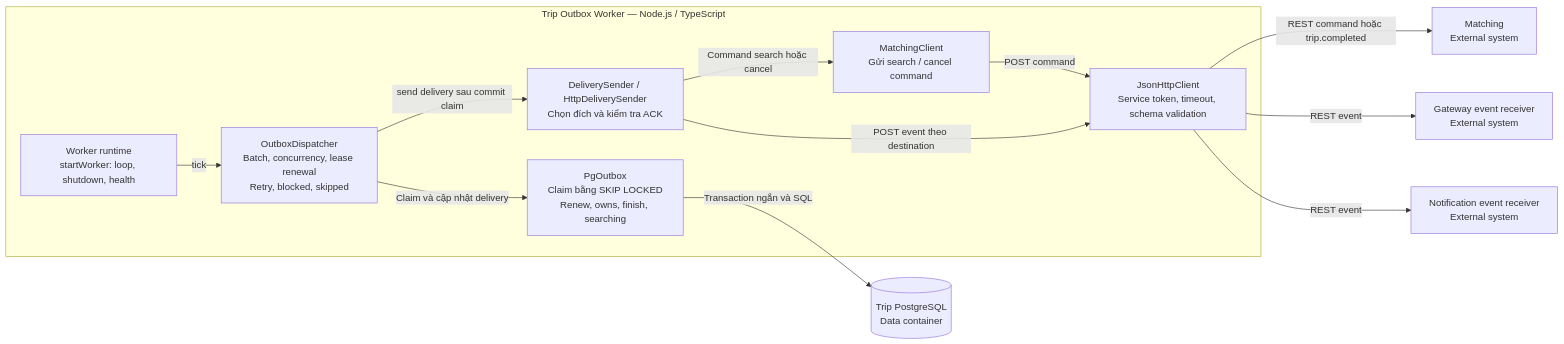
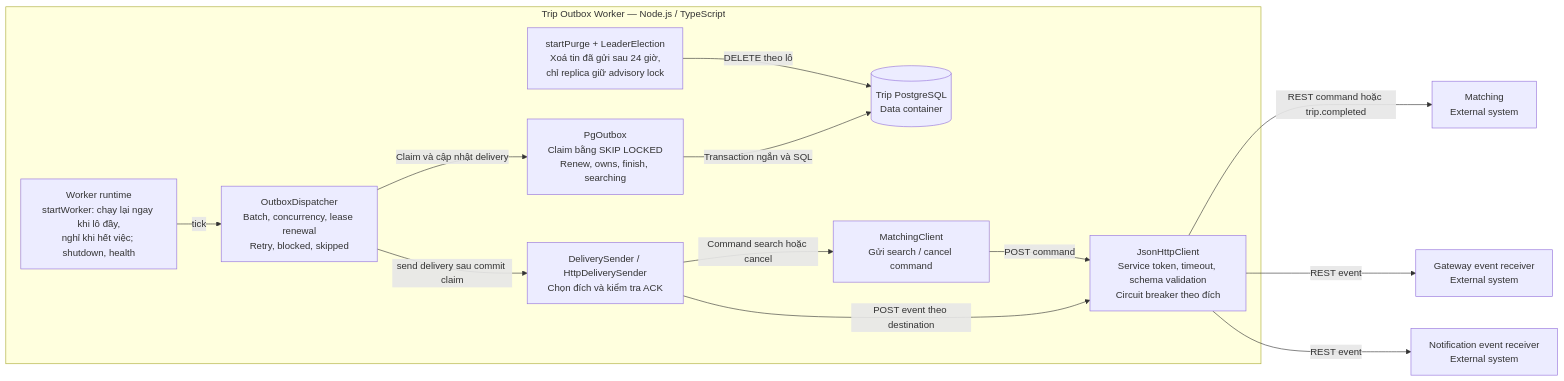
The fourth of 9 diagrams in service/trip-service/docs/c4.md (fukdinh136/chande), drawn with Mermaid before and after one commit. The commit also changed other lines of this file and 4 other files, not shown here.

First line of the commit message:
docs(trip): describe the outbox, purge, breaker and telemetry as they work now

````diff
--- a/service/trip-service/docs/c4.md
+++ b/service/trip-service/docs/c4.md
@@ -164,25 +164,27 @@
 ```mermaid
 flowchart LR
     DB[("Trip PostgreSQL<br/>Data container")]
     Matching["Matching<br/>External system"]
     Gateway["Gateway event receiver<br/>External system"]
     Notification["Notification event receiver<br/>External system"]
     subgraph Worker["Trip Outbox Worker — Node.js / TypeScript"]
-        Runtime["Worker runtime<br/>startWorker: loop, shutdown, health"]
+        Runtime["Worker runtime<br/>startWorker: chạy lại ngay khi lô đầy,<br/>nghỉ khi hết việc; shutdown, health"]
+        Purge["startPurge + LeaderElection<br/>Xoá tin đã gửi sau 24 giờ,<br/>chỉ replica giữ advisory lock"]
         Dispatcher["OutboxDispatcher<br/>Batch, concurrency, lease renewal<br/>Retry, blocked, skipped"]
         Repository["PgOutbox<br/>Claim bằng SKIP LOCKED<br/>Renew, owns, finish, searching"]
         Sender["DeliverySender / HttpDeliverySender<br/>Chọn đích và kiểm tra ACK"]
         MatchingClient["MatchingClient<br/>Gửi search / cancel command"]
-        HTTP["JsonHttpClient<br/>Service token, timeout, schema validation"]
+        HTTP["JsonHttpClient<br/>Service token, timeout, schema validation<br/>Circuit breaker theo đích"]
         Runtime -->|tick| Dispatcher
+        Purge -->|DELETE theo lô| DB
         Dispatcher -->|Claim và cập nhật delivery| Repository
         Dispatcher -->|send delivery sau commit claim| Sender
         Sender -->|Command search hoặc cancel| MatchingClient
         MatchingClient -->|POST command| HTTP
         Sender -->|POST event theo destination| HTTP
     end
     Repository -->|Transaction ngắn và SQL| DB
     HTTP -->|REST command hoặc trip.completed| Matching
     HTTP -->|REST event| Gateway
     HTTP -->|REST event| Notification
 ```
````
